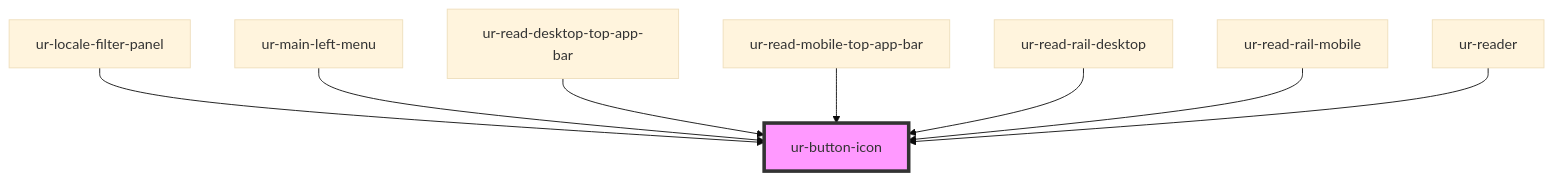
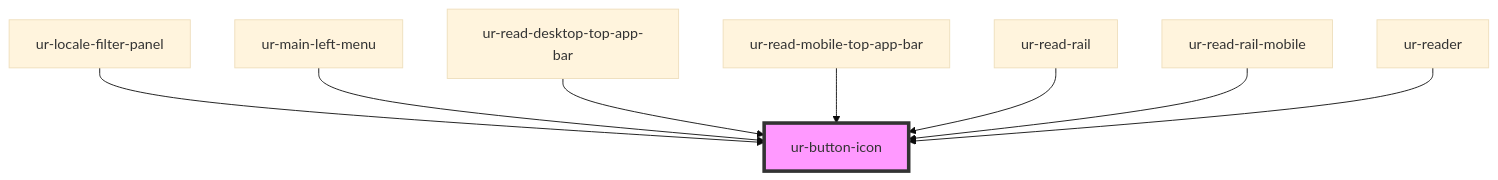
Before and after one commit to hellish/urnovl-web-components: the diagram in src/components/ur-button-icon/readme.md, drawn with Mermaid (base theme). The commit also changed other lines of this file and 4 other files, not shown here.

Commit message:
fix again read rail

````diff
--- a/src/components/ur-button-icon/readme.md
+++ b/src/components/ur-button-icon/readme.md
@@ -33,11 +33,11 @@
 ```mermaid
 graph TD;
   ur-locale-filter-panel --> ur-button-icon
   ur-main-left-menu --> ur-button-icon
   ur-read-desktop-top-app-bar --> ur-button-icon
   ur-read-mobile-top-app-bar --> ur-button-icon
-  ur-read-rail-desktop --> ur-button-icon
+  ur-read-rail --> ur-button-icon
   ur-read-rail-mobile --> ur-button-icon
   ur-reader --> ur-button-icon
   style ur-button-icon fill:#f9f,stroke:#333,stroke-width:4px
 ```
````
